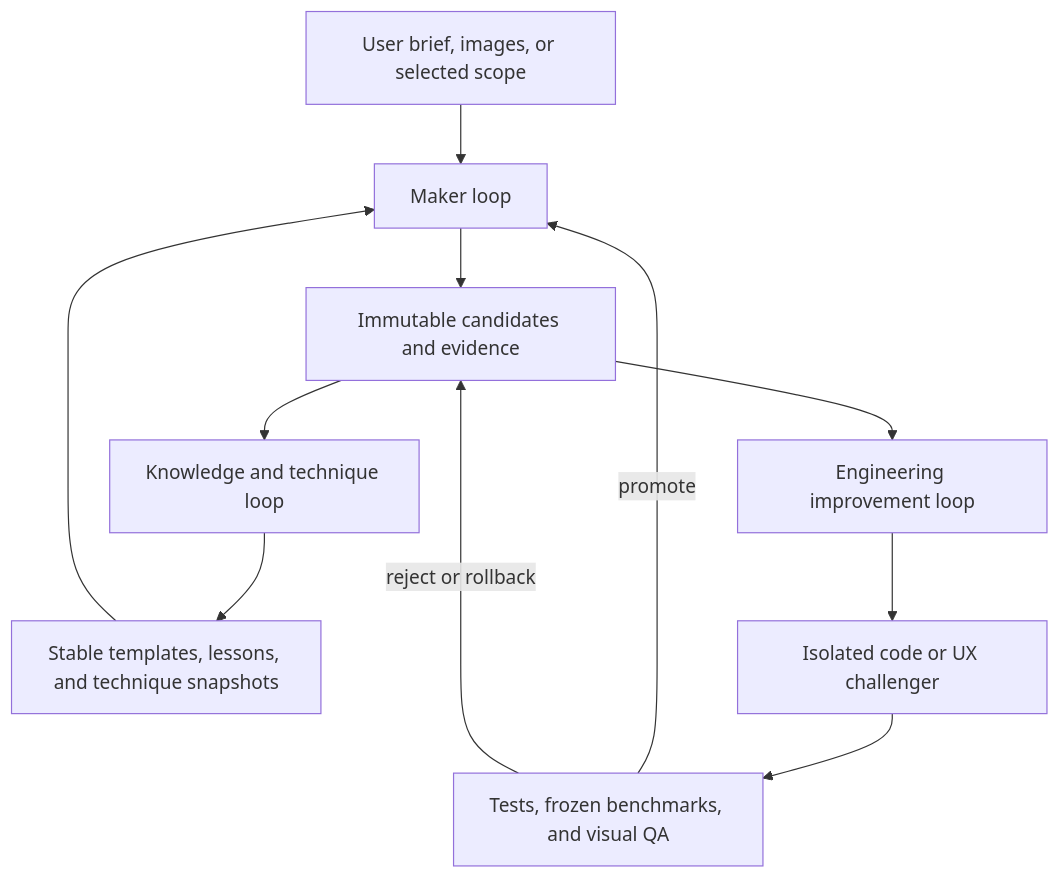
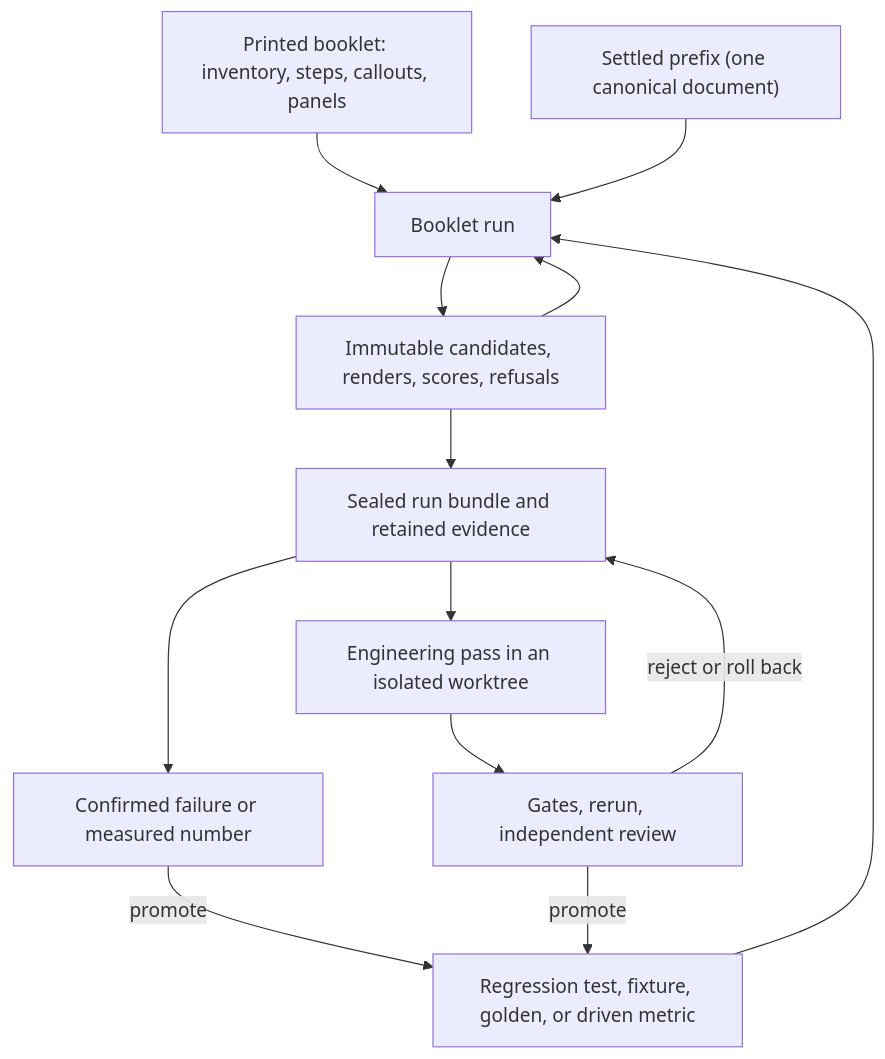
Before and after one commit to yanfengliu/lego: the diagram in docs/design/learning-system.md, drawn with Mermaid. The commit also changed other lines of this file and 5 other files, not shown here.

````diff
--- a/docs/design/learning-system.md
+++ b/docs/design/learning-system.md
@@ -25,13 +23,15 @@
 ```mermaid
 flowchart TD
-  B["User brief, images, or selected scope"] --> M["Maker loop"]
-  M --> E["Immutable candidates and evidence"]
-  E --> K["Knowledge and technique loop"]
-  K --> T["Stable templates, lessons, and technique snapshots"]
-  T --> M
-  E --> D["Engineering improvement loop"]
-  D --> Q["Isolated code or UX challenger"]
-  Q --> G["Tests, frozen benchmarks, and visual QA"]
-  G -->|"promote"| M
-  G -->|"reject or rollback"| E
+  K["Printed booklet: inventory, steps, callouts, panels"] --> S["Booklet run"]
+  P["Settled prefix (one canonical document)"] --> S
+  S --> C["Immutable candidates, renders, scores, refusals"]
+  C --> S
+  C --> E["Sealed run bundle and retained evidence"]
+  E --> F["Confirmed failure or measured number"]
+  F -->|"promote"| G["Regression test, fixture, golden, or driven metric"]
+  G --> S
+  E --> D["Engineering pass in an isolated worktree"]
+  D --> H["Gates, rerun, independent review"]
+  H -->|"promote"| G
+  H -->|"reject or roll back"| E
 ```
````
